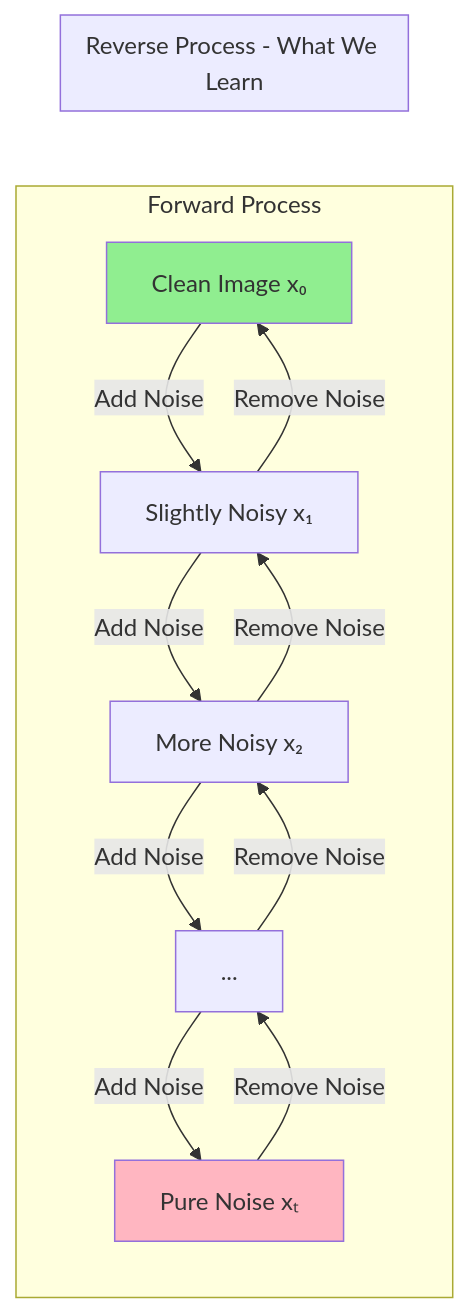
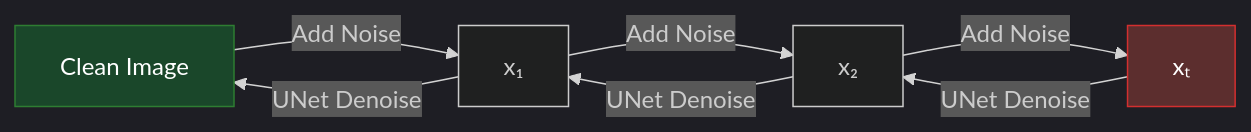
Before and after one commit to kushalsai-01/Conditional-Diffusion-Text2Image: the first of 4 diagrams in README.md, drawn with Mermaid. The commit also changed other lines of this file and 2 other files, not shown here.

Commit message:
Update: Clean README with dark diagrams, fix training bugs

````diff
--- a/README.md
+++ b/README.md
@@ -42,19 +18,13 @@
 ```mermaid
+%%{init: {'theme':'dark'}}%%
 graph LR
-    subgraph Forward Process
-        A[Clean Image x₀] -->|Add Noise| B[Slightly Noisy x₁]
-        B -->|Add Noise| C[More Noisy x₂]
-        C -->|Add Noise| D[...]
-        D -->|Add Noise| E[Pure Noise xₜ]
-    end
+    A[Clean Image] -->|Add Noise| B[x₁]
+    B -->|Add Noise| C[x₂]
+    C -->|Add Noise| D[xₜ]
+    D -->|UNet Denoise| C
+    C -->|UNet Denoise| B
+    B -->|UNet Denoise| A
     
-    subgraph Reverse Process - What We Learn
-        E -->|Remove Noise| D
-        D -->|Remove Noise| C
-        C -->|Remove Noise| B
-        B -->|Remove Noise| A
-    end
-    
-    style A fill:#90EE90
-    style E fill:#FFB6C1
+    style A fill:#1a472a,stroke:#2e7d32,color:#fff
+    style D fill:#5c2e2e,stroke:#d32f2f,color:#fff
 ```
````
